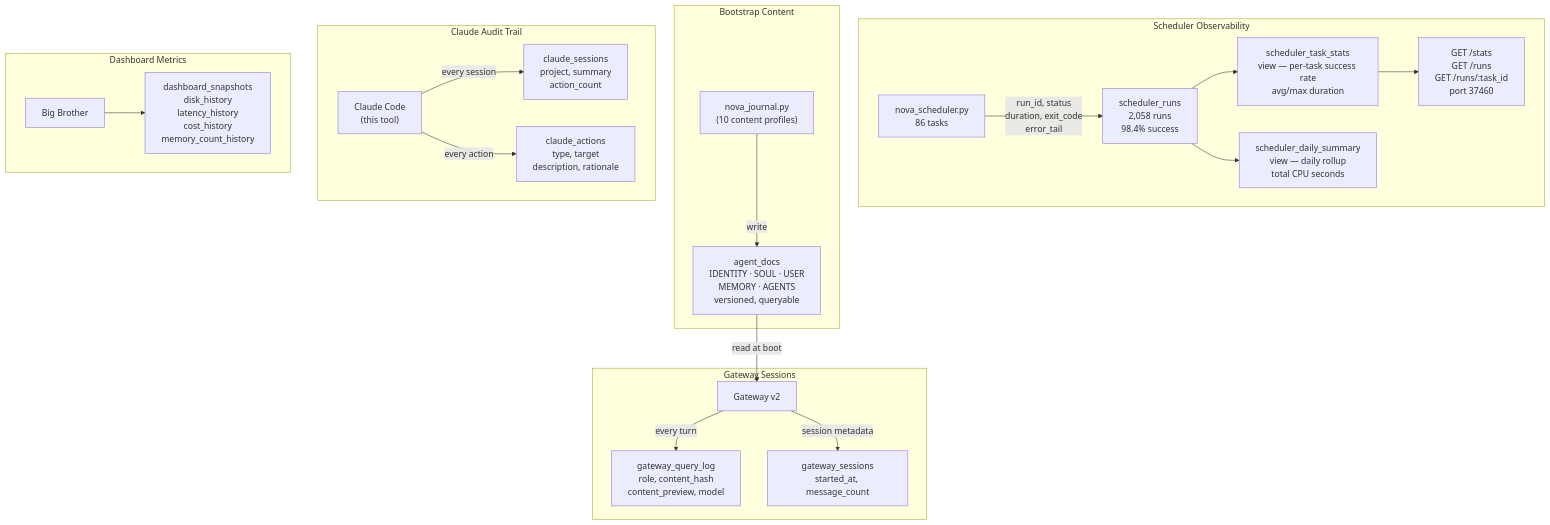
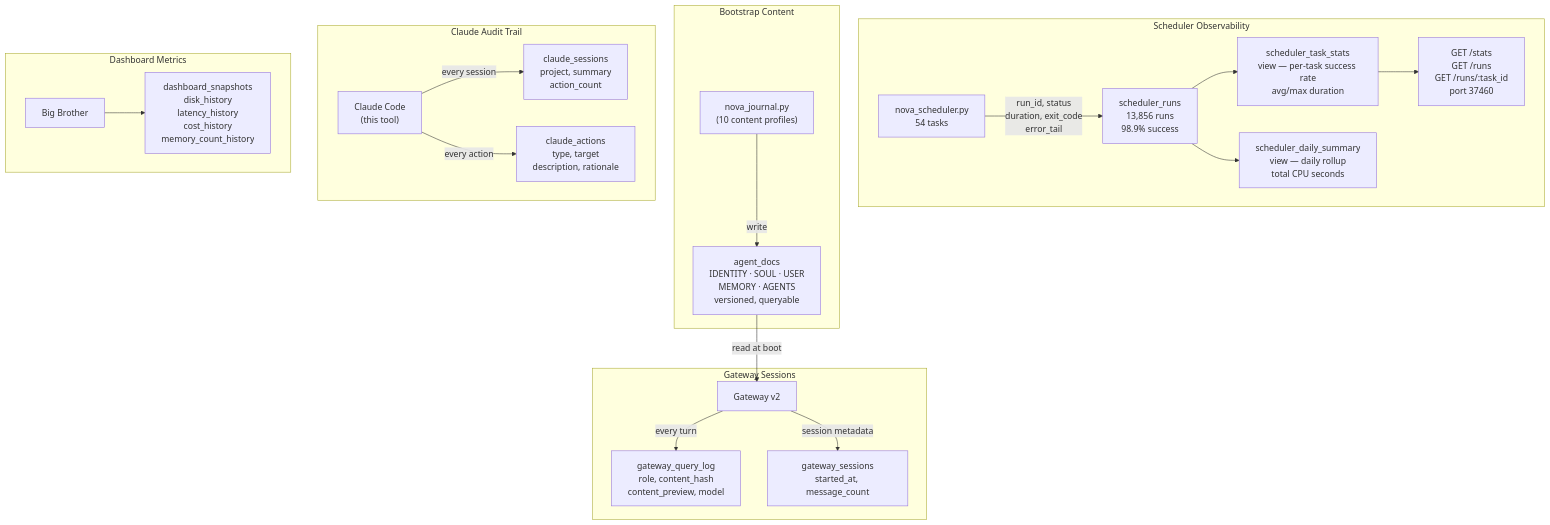
The fifth of 10 diagrams in README.md (kochj23/nova), drawn with Mermaid before and after one commit. The commit also changed other lines of this file, not shown here.

````diff
--- a/README.md
+++ b/README.md
@@ -250,28 +252,28 @@
 ```mermaid
 graph TD
     subgraph "Scheduler Observability"
-        Sched["nova_scheduler.py\n86 tasks"] -->|"run_id, status\nduration, exit_code\nerror_tail"| SR["scheduler_runs\n2,058 runs\n98.4% success"]
+        Sched["nova_scheduler.py\n54 tasks"] -->|"run_id, status\nduration, exit_code\nerror_tail"| SR["scheduler_runs\n13,856 runs\n98.9% success"]
         SR --> TSV["scheduler_task_stats\nview — per-task success rate\navg/max duration"]
         SR --> DSV["scheduler_daily_summary\nview — daily rollup\ntotal CPU seconds"]
         TSV --> API["GET /stats\nGET /runs\nGET /runs/:task_id\nport 37460"]
     end
 
     subgraph "Gateway Sessions"
         GW2["Gateway v2"] -->|"every turn"| GQL["gateway_query_log\nrole, content_hash\ncontent_preview, model"]
         GW2 -->|"session metadata"| GS["gateway_sessions\nstarted_at, message_count"]
     end
 
     subgraph "Bootstrap Content"
         Scripts["nova_journal.py\n(10 content profiles)"] -->|"write"| AD["agent_docs\nIDENTITY · SOUL · USER\nMEMORY · AGENTS\nversioned, queryable"]
         AD -->|"read at boot"| GW2
     end
 
     subgraph "Claude Audit Trail"
         Me["Claude Code\n(this tool)"] -->|"every session"| CS["claude_sessions\nproject, summary\naction_count"]
         Me -->|"every action"| CA["claude_actions\ntype, target\ndescription, rationale"]
     end
 
     subgraph "Dashboard Metrics"
         BB["Big Brother"] --> DM["dashboard_snapshots\ndisk_history\nlatency_history\ncost_history\nmemory_count_history"]
     end
 ```
````
